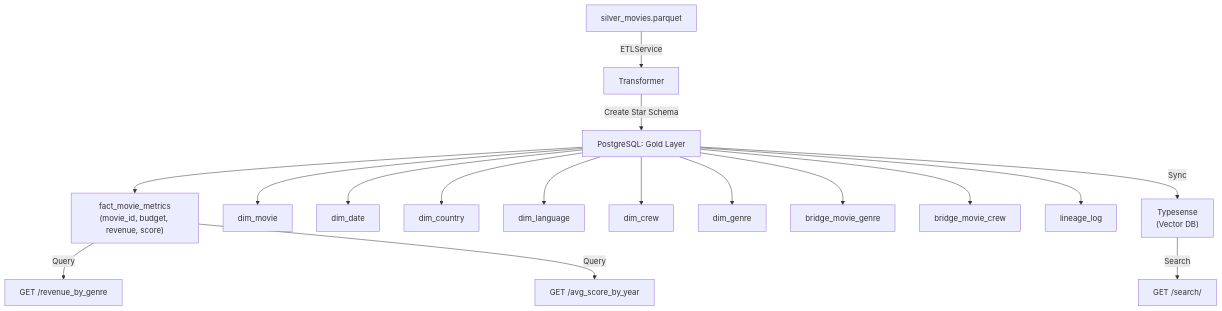
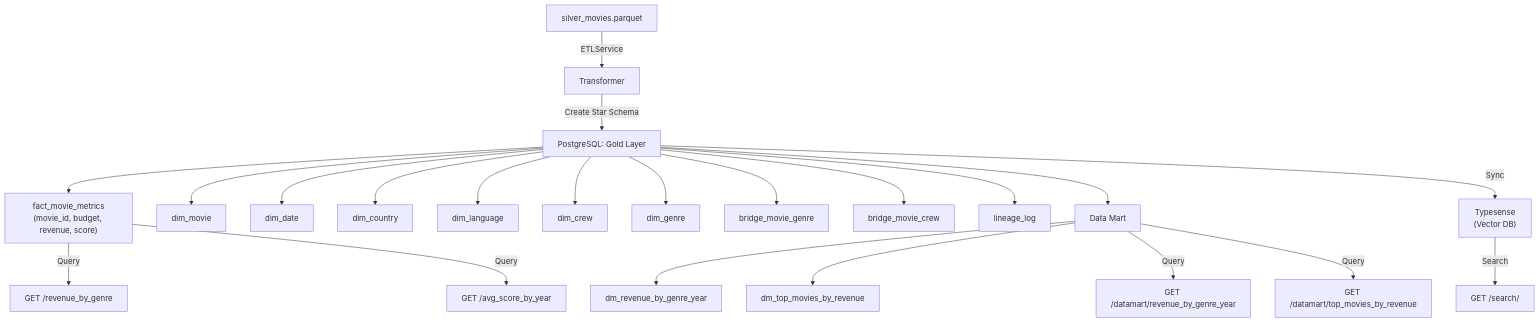
The third of 4 diagrams in Mermaid diagrams for data structure.md (lujanmartin/TechChallengeDataEng), drawn with Mermaid before and after one commit. The commit also changed other lines of this file, not shown here.

First line of the commit message:
docs: update Mermaid diagrams for Gold and Overall Data Lake with Data Mart

````diff
--- a/Mermaid diagrams for data structure.md
+++ b/Mermaid diagrams for data structure.md
@@ -45,19 +45,24 @@
 ```mermaid
 graph TD
     A["silver_movies.parquet"] -->|"ETLService"| B["Transformer"]
     B -->|"Create Star Schema"| C["PostgreSQL: Gold Layer"]
     C --> D["fact_movie_metrics<br/>(movie_id, budget, revenue, score)"]
     C --> E["dim_movie"]
     C --> F["dim_date"]
     C --> G["dim_country"]
     C --> H["dim_language"]
     C --> I["dim_crew"]
     C --> J["dim_genre"]
     C --> K["bridge_movie_genre"]
     C --> L["bridge_movie_crew"]
     C --> M["lineage_log"]
-    C -->|"Sync"| N["Typesense<br/>(Vector DB)"]
-    N -->|"Search"| O["GET /search/"]
-    D -->|"Query"| P["GET /revenue_by_genre"]
-    D -->|"Query"| Q["GET /avg_score_by_year"]
+    C --> N["Data Mart"]
+    N --> O["dm_revenue_by_genre_year"]
+    N --> P["dm_top_movies_by_revenue"]
+    N -->|"Query"| Q["GET /datamart/revenue_by_genre_year"]
+    N -->|"Query"| R["GET /datamart/top_movies_by_revenue"]
+    C -->|"Sync"| S["Typesense<br/>(Vector DB)"]
+    S -->|"Search"| T["GET /search/"]
+    D -->|"Query"| U["GET /revenue_by_genre"]
+    D -->|"Query"| V["GET /avg_score_by_year"]
 ```
````
